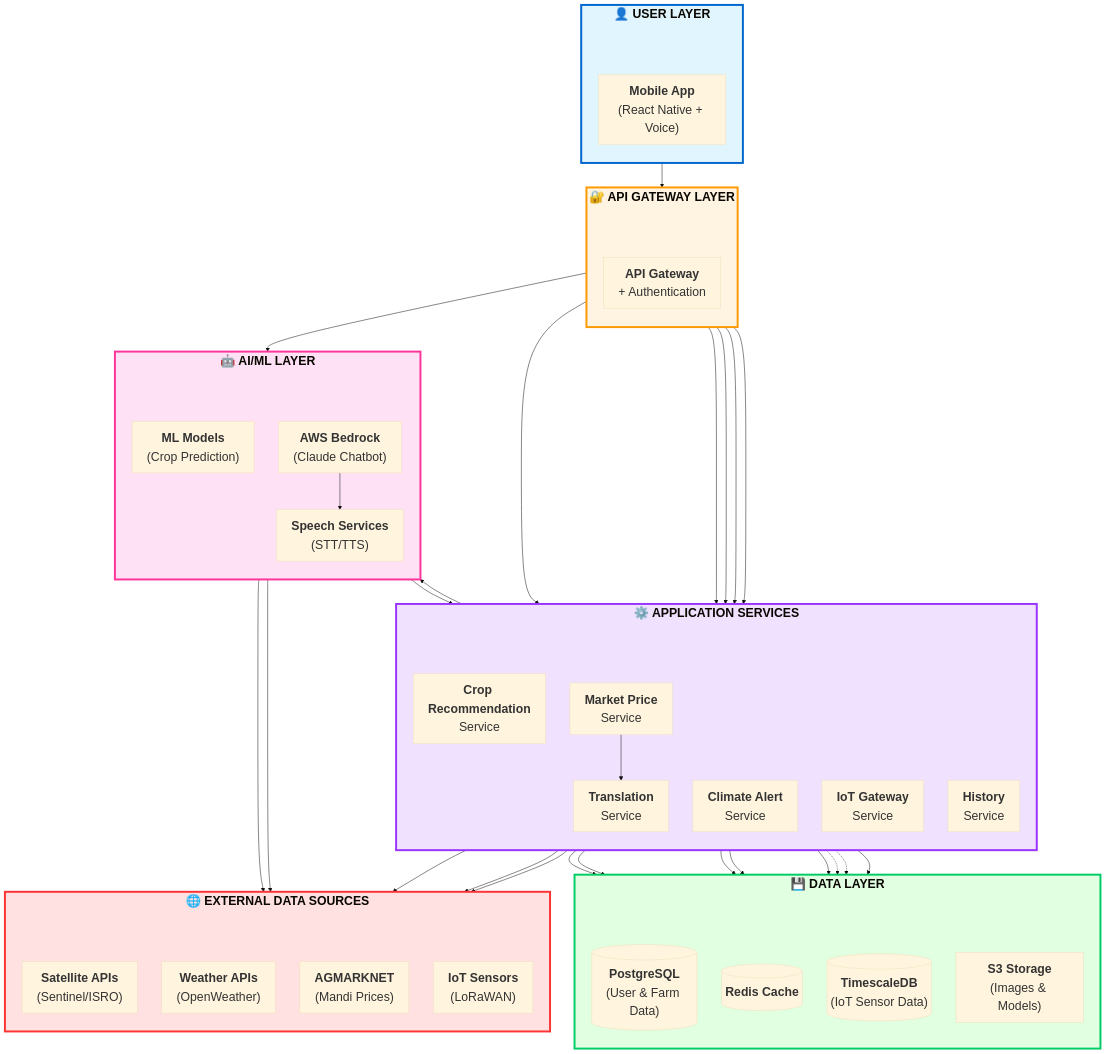
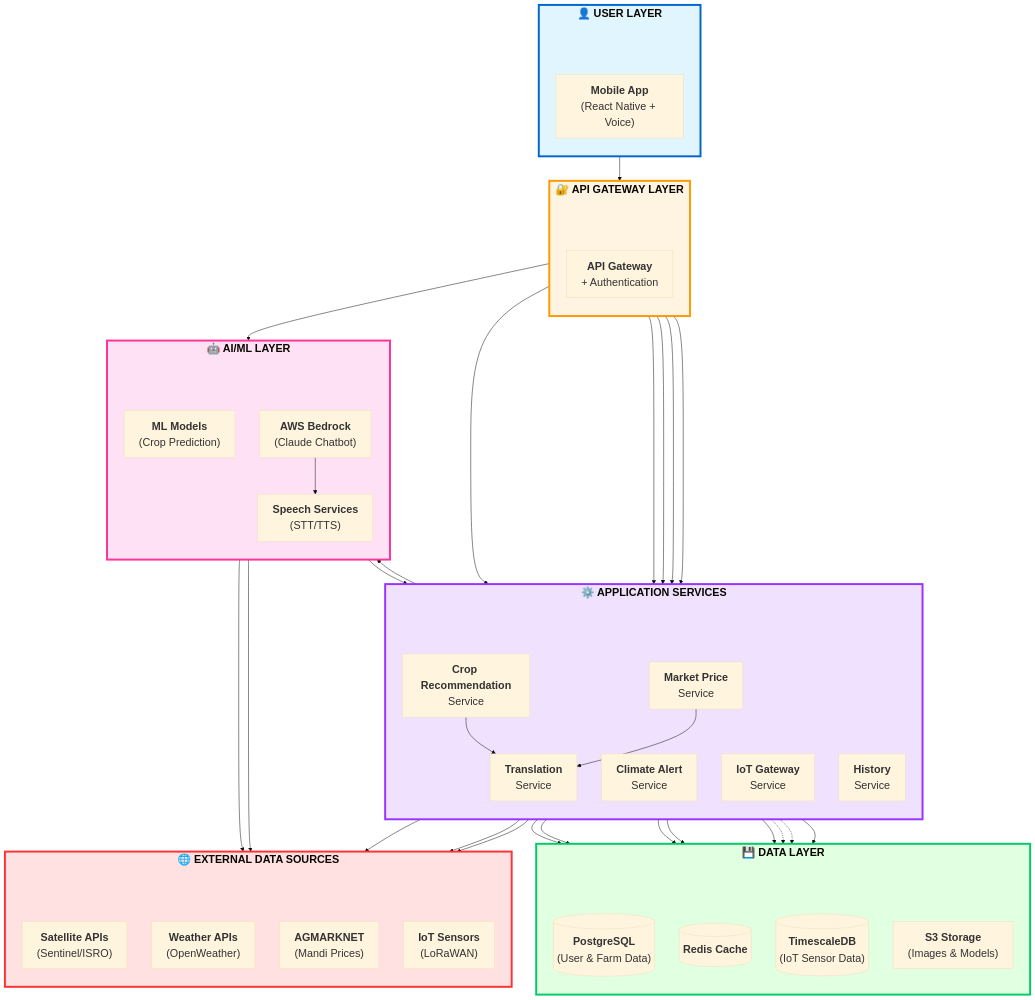
One commit to staree14/aws-crop-recommendation changed the diagram in design.md. Above: the diagram before and after it, drawn with Mermaid. The commit also changed other lines of this file, not shown here.

````diff
--- a/design.md
+++ b/design.md
@@ -23,5 +65,5 @@
 ```mermaid
-%%{init: {'theme':'base', 'themeVariables': { 'fontSize':'25px', 'fontFamily':'arial'}}}%%
+%%{init: {'theme':'base', 'themeVariables': { 'fontSize':'22px', 'fontFamily':'arial'}}}%%
 graph TB
     subgraph User["<b>👤 USER LAYER</b>"]
         direction TB
@@ -91,7 +133,7 @@
     API --> Bedrock
     
     Crop --> ML
-    
+    Crop --> Translation
     Crop --> DB
     Market --> DB
     Market --> Translation
@@ -126,6 +168,4 @@
     style A fill:none,stroke:none
     style D fill:none,stroke:none
     style E fill:none,stroke:none
-
-    style External fill:#ffe1e1,stroke:#ff3333,stroke-width:4px
 ```
````
